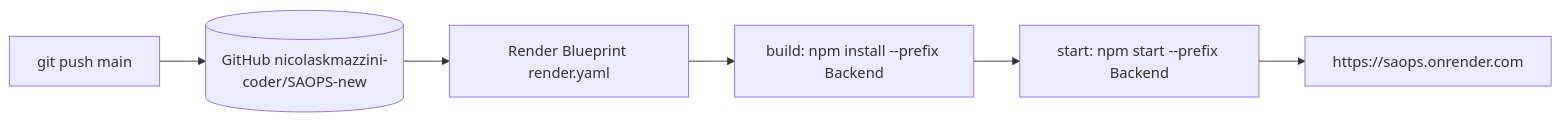
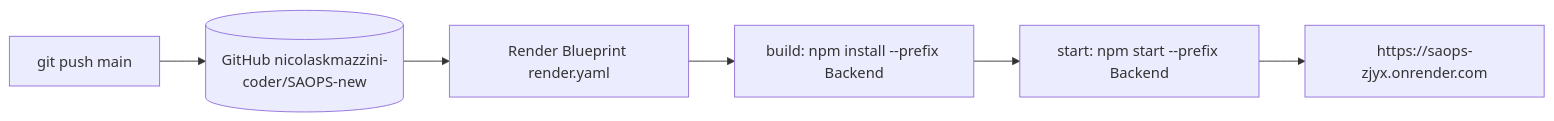
Before and after one commit to mateusACM/SAOPS: the eighth of 9 diagrams in DIAGRAMAS.md, drawn with Mermaid. The commit also changed 25 other files, not shown here.

Commit message:
Adota saops-zjyx.onrender.com como dominio oficial (sync 88ca62a^+1)

````diff
--- a/DIAGRAMAS.md
+++ b/DIAGRAMAS.md
@@ -211,8 +211,8 @@
 ```mermaid
 flowchart LR
     DEV["git push main"] --> GH[("GitHub nicolaskmazzini-coder/SAOPS-new")]
     GH --> R["Render Blueprint render.yaml"]
     R --> B["build: npm install --prefix Backend"]
     B --> S["start: npm start --prefix Backend"]
-    S --> P["https://saops.onrender.com"]
+    S --> P["https://saops-zjyx.onrender.com"]
 ```
````
